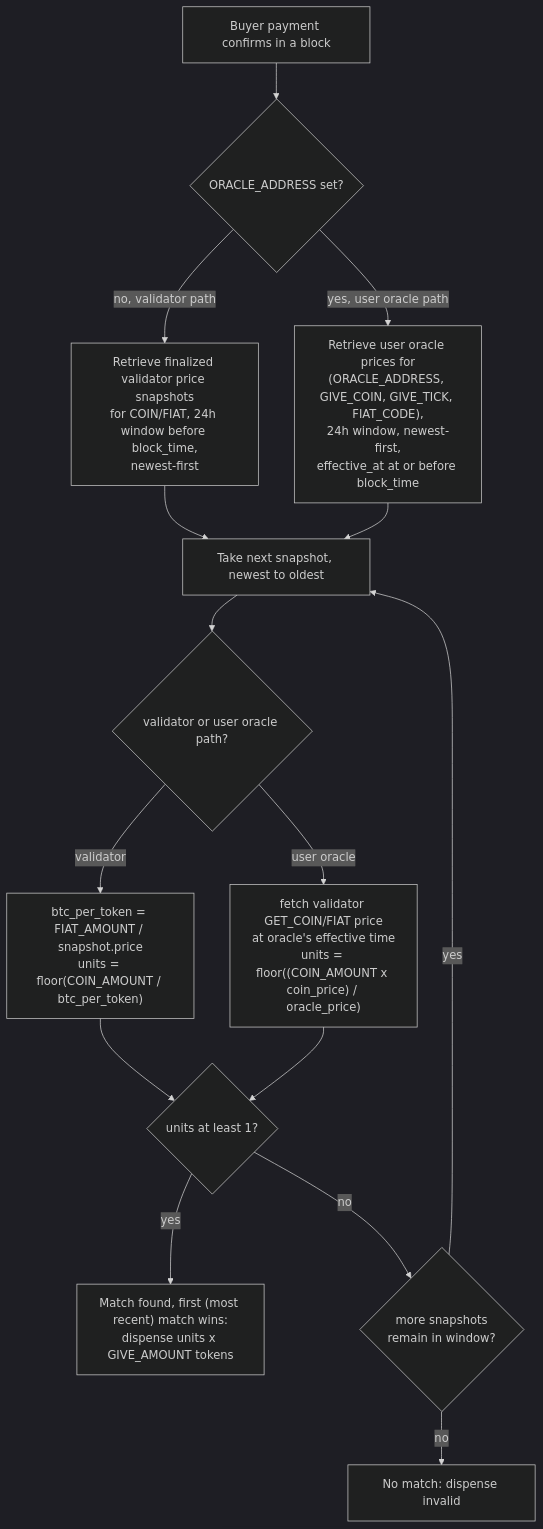
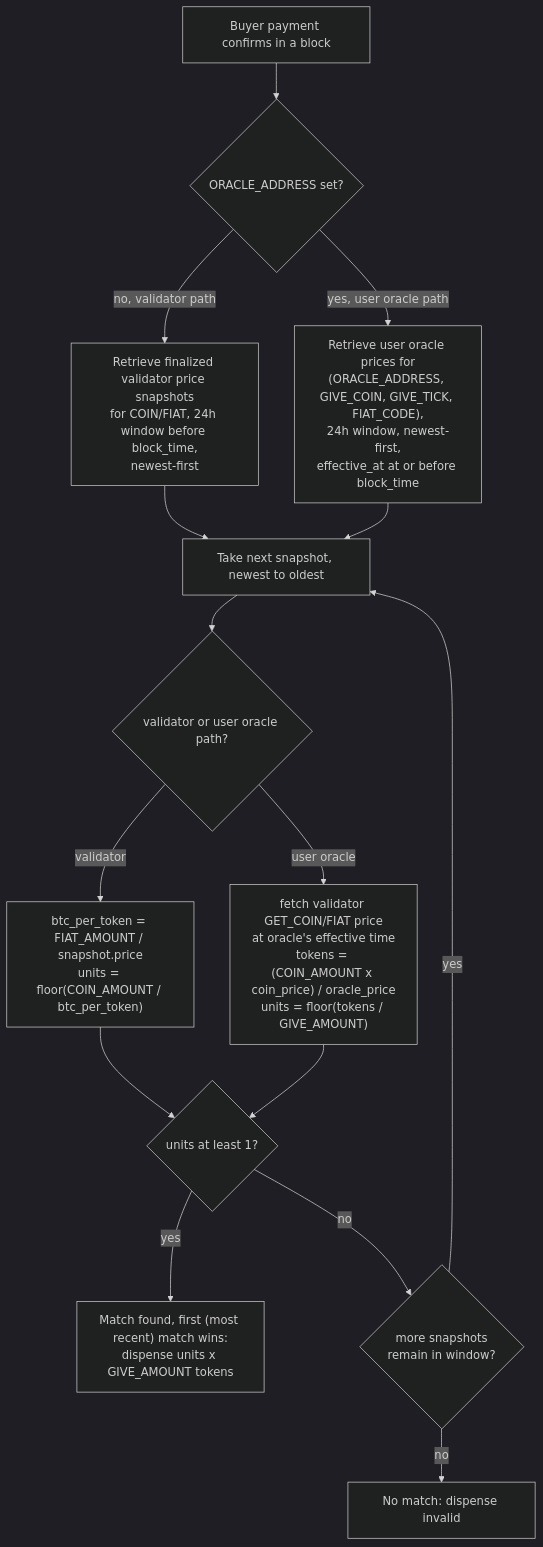
The third of 3 diagrams in protocol/actions/dispenser.md (XChain-Platform/xchain-documentation), drawn with Mermaid (dark theme) before and after one commit. The commit also changed other lines of this file and 1 other file, not shown here.

Commit message:
docs(dispenser): document per-token oracle pricing and register its flag day

````diff
--- a/protocol/actions/dispenser.md
+++ b/protocol/actions/dispenser.md
@@ -226,17 +230,17 @@
 ```mermaid
 flowchart TD
     A["Buyer payment confirms in a block"] --> B{"ORACLE_ADDRESS set?"}
     B -->|"no, validator path"| C["Retrieve finalized validator price snapshots<br>for COIN/FIAT, 24h window before block_time,<br>newest-first"]
     B -->|"yes, user oracle path"| D["Retrieve user oracle prices for<br>(ORACLE_ADDRESS, GIVE_COIN, GIVE_TICK, FIAT_CODE),<br>24h window, newest-first,<br>effective_at at or before block_time"]
     C --> E["Take next snapshot, newest to oldest"]
     D --> E
     E --> F{"validator or user oracle path?"}
     F -->|"validator"| G["btc_per_token = FIAT_AMOUNT / snapshot.price<br>units = floor(COIN_AMOUNT / btc_per_token)"]
-    F -->|"user oracle"| H["fetch validator GET_COIN/FIAT price<br>at oracle's effective time<br>units = floor((COIN_AMOUNT x coin_price) / oracle_price)"]
+    F -->|"user oracle"| H["fetch validator GET_COIN/FIAT price<br>at oracle's effective time<br>tokens = (COIN_AMOUNT x coin_price) / oracle_price<br>units = floor(tokens / GIVE_AMOUNT)"]
     G --> I{"units at least 1?"}
     H --> I
     I -->|"yes"| J["Match found, first (most recent) match wins:<br>dispense units x GIVE_AMOUNT tokens"]
     I -->|"no"| K{"more snapshots<br>remain in window?"}
     K -->|"yes"| E
     K -->|"no"| L["No match: dispense invalid"]
 ```
````
